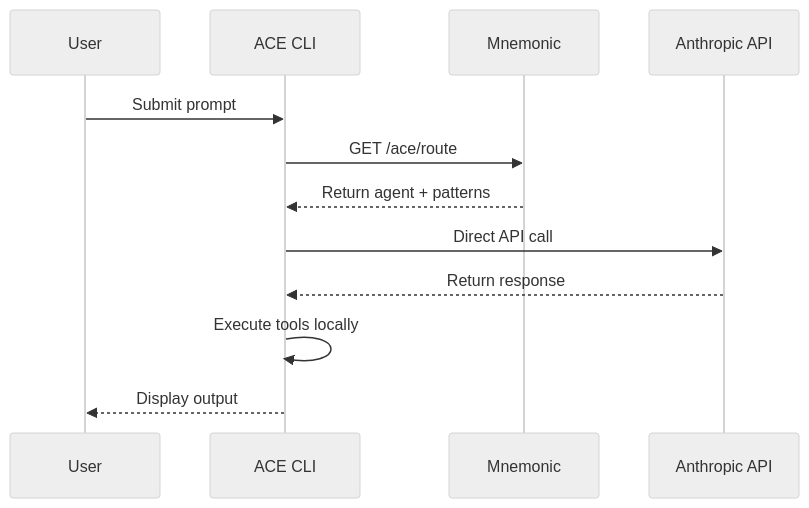
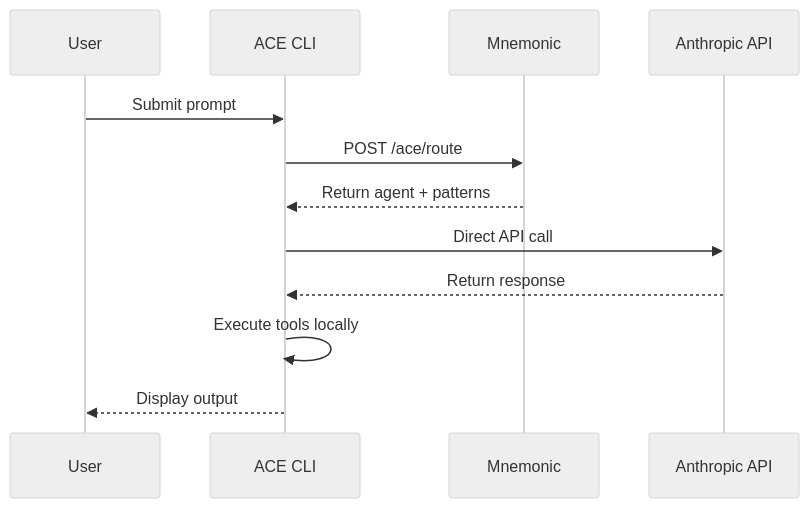
The third of 3 diagrams in docs/architecture/00-overview.md (twistingmercury/mnemonic-mcp), drawn with Mermaid (neutral theme) before and after one commit. The commit also changed other lines of this file and 10 other files, not shown here.

````diff
--- a/docs/architecture/00-overview.md
+++ b/docs/architecture/00-overview.md
@@ -103,15 +103,15 @@
 ```mermaid
 sequenceDiagram
     participant User
     participant CLI as ACE CLI
     participant MN as Mnemonic
     participant ANT as Anthropic API
 
     User->>CLI: Submit prompt
-    CLI->>MN: GET /ace/route
+    CLI->>MN: POST /ace/route
     MN-->>CLI: Return agent + patterns
     CLI->>ANT: Direct API call
     ANT-->>CLI: Return response
     CLI->>CLI: Execute tools locally
     CLI-->>User: Display output
 ```
````
